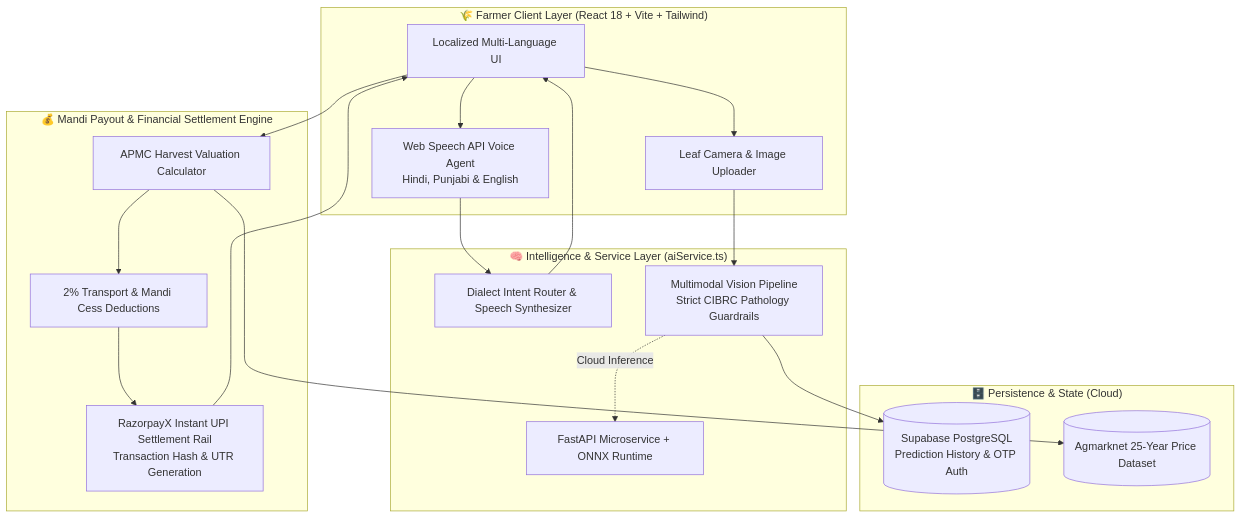
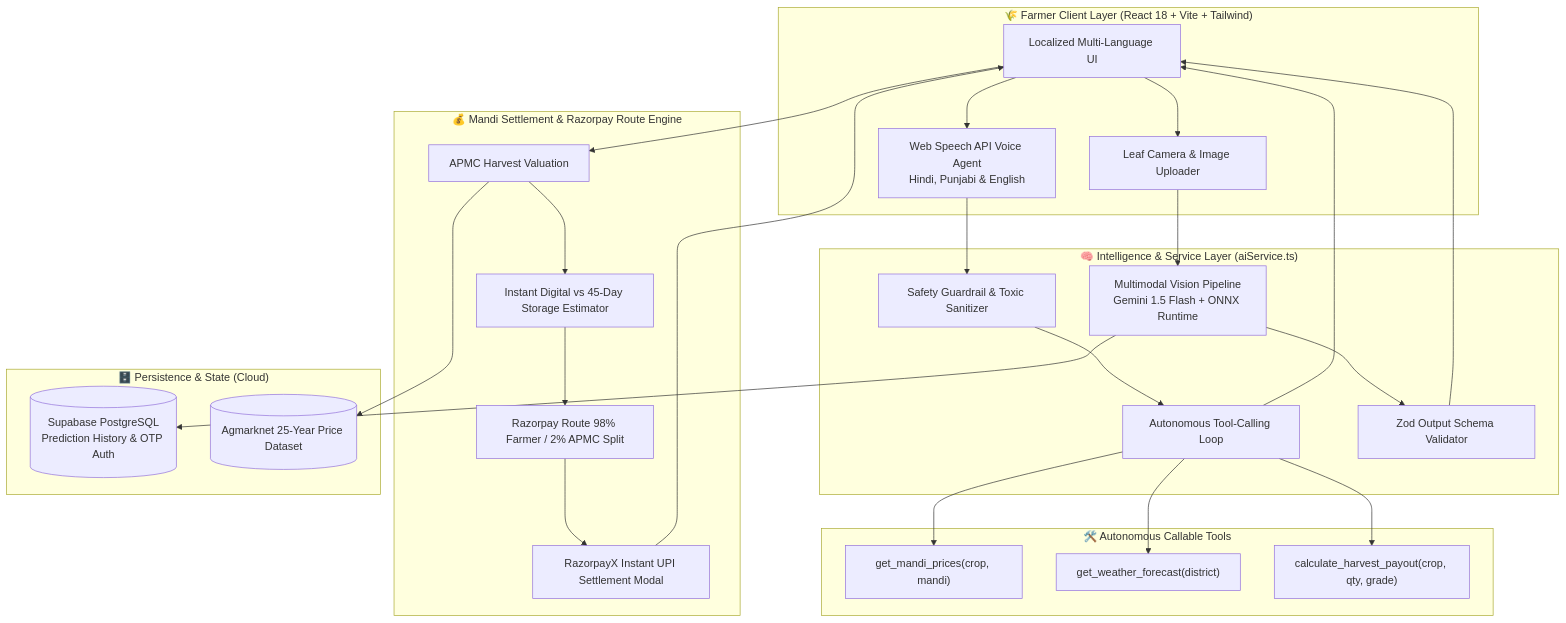
Before and after one commit to Shikhar-Kesharwani/sagri_final: the diagram in README.md, drawn with Mermaid. The commit also changed other lines of this file and 3 other files, not shown here.

Commit message:
feat(agent): implement autonomous tool-calling loop, Zod guardrails, and Razorpay Route ledger split

````diff
--- a/README.md
+++ b/README.md
@@ -36,37 +36,46 @@
 ```mermaid
 flowchart TD
     subgraph Farmer Experience ["🌾 Farmer Client Layer (React 18 + Vite + Tailwind)"]
         UI[Localized Multi-Language UI]
         Voice[Web Speech API Voice Agent<br/>Hindi, Punjabi & English]
         Upload[Leaf Camera & Image Uploader]
     end
 
     subgraph Intelligence ["🧠 Intelligence & Service Layer (aiService.ts)"]
-        NLU[Dialect Intent Router & Speech Synthesizer]
-        VisionAI[Multimodal Vision Pipeline<br/>Strict CIBRC Pathology Guardrails]
-        MLFallback[FastAPI Microservice + ONNX Runtime]
+        Guard[Safety Guardrail & Toxic Sanitizer]
+        AgentLoop[Autonomous Tool-Calling Loop]
+        ZodEngine[Zod Output Schema Validator]
+        VisionAI[Multimodal Vision Pipeline<br/>Gemini 1.5 Flash + ONNX Runtime]
     end
 
-    subgraph Commerce ["💰 Mandi Payout & Financial Settlement Engine"]
-        MandiCalc[APMC Harvest Valuation Calculator]
-        Cess[2% Transport & Mandi Cess Deductions]
-        RzpEngine[RazorpayX Instant UPI Settlement Rail<br/>Transaction Hash & UTR Generation]
+    subgraph Tools ["🛠️ Autonomous Callable Tools"]
+        T1["get_mandi_prices(crop, mandi)"]
+        T2["get_weather_forecast(district)"]
+        T3["calculate_harvest_payout(crop, qty, grade)"]
+    end
+
+    subgraph Fintech ["💰 Mandi Settlement & Razorpay Route Engine"]
+        MandiCalc[APMC Harvest Valuation]
+        StrategyComp[Instant Digital vs 45-Day Storage Estimator]
+        RzpRoute[Razorpay Route 98% Farmer / 2% APMC Split]
+        RzpEngine[RazorpayX Instant UPI Settlement Modal]
     end
 
     subgraph Data ["🗄️ Persistence & State (Cloud)"]
         Supabase[(Supabase PostgreSQL<br/>Prediction History & OTP Auth)]
         Agmarknet[(Agmarknet 25-Year Price Dataset)]
     end
 
     UI --> Voice
     UI --> Upload
-    Voice --> NLU
-    Upload --> VisionAI
-    VisionAI -.->|Cloud Inference| MLFallback
-    NLU --> UI
-    UI --> MandiCalc
-    MandiCalc --> Cess --> RzpEngine
+    Voice --> Guard --> AgentLoop
+    AgentLoop --> T1
+    AgentLoop --> T2
+    AgentLoop --> T3
+    Upload --> VisionAI --> ZodEngine --> UI
+    AgentLoop --> UI
+    UI --> MandiCalc --> StrategyComp --> RzpRoute --> RzpEngine
     VisionAI --> Supabase
     MandiCalc --> Agmarknet
     RzpEngine --> UI
 ```
````
